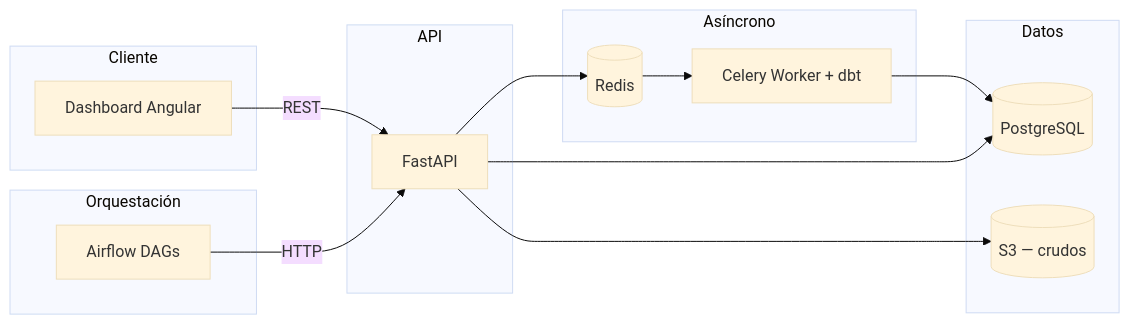
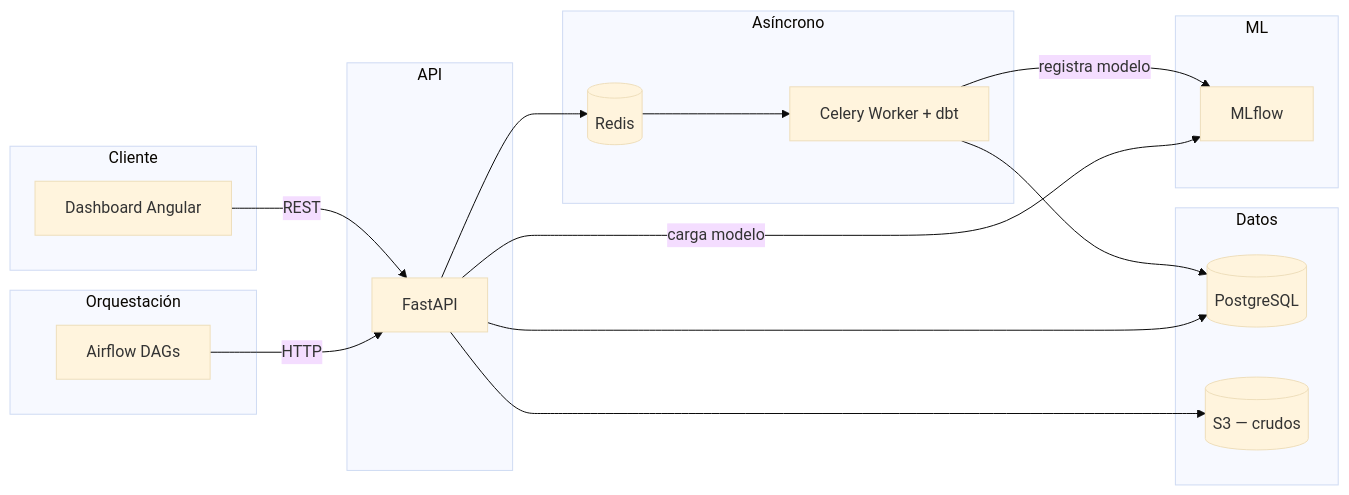
The diagram in README.md (Catussi/opspulse), drawn with Mermaid (base theme) before and after one commit. The commit also changed other lines of this file and 21 other files, not shown here.

````diff
--- a/README.md
+++ b/README.md
@@ -43,32 +44,38 @@
 ```mermaid
 flowchart LR
     subgraph cliente [Cliente]
         UI[Dashboard Angular]
     end
 
     subgraph api [API]
         FAST[FastAPI]
     end
 
     subgraph async [Asíncrono]
         REDIS[(Redis)]
         CELERY[Celery Worker + dbt]
     end
 
     subgraph orq [Orquestación]
         AF[Airflow DAGs]
     end
 
     subgraph datos [Datos]
         PG[(PostgreSQL)]
         S3[(S3 — crudos)]
     end
 
+    subgraph ml [ML]
+        MLF[MLflow]
+    end
+
     UI -->|REST| FAST
     AF -->|HTTP| FAST
     FAST --> REDIS
     REDIS --> CELERY
     CELERY --> PG
     FAST --> PG
     FAST --> S3
+    CELERY -->|registra modelo| MLF
+    FAST -->|carga modelo| MLF
 ```
````
